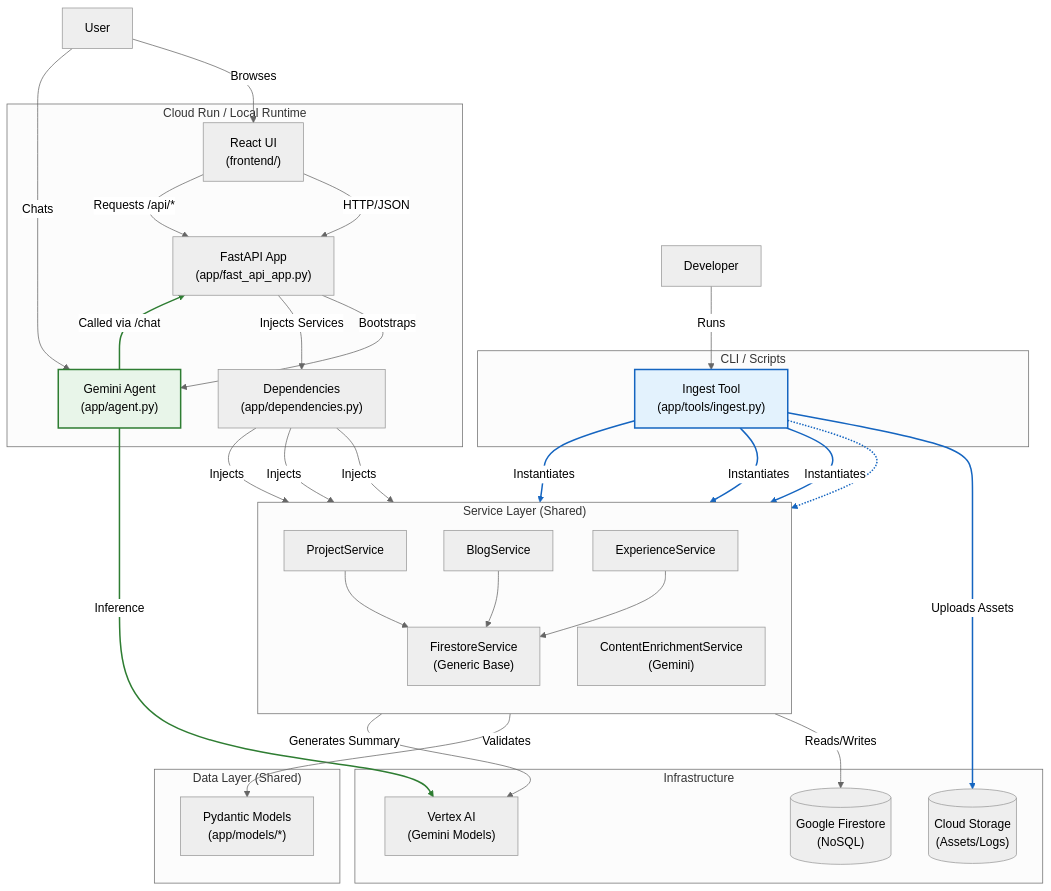
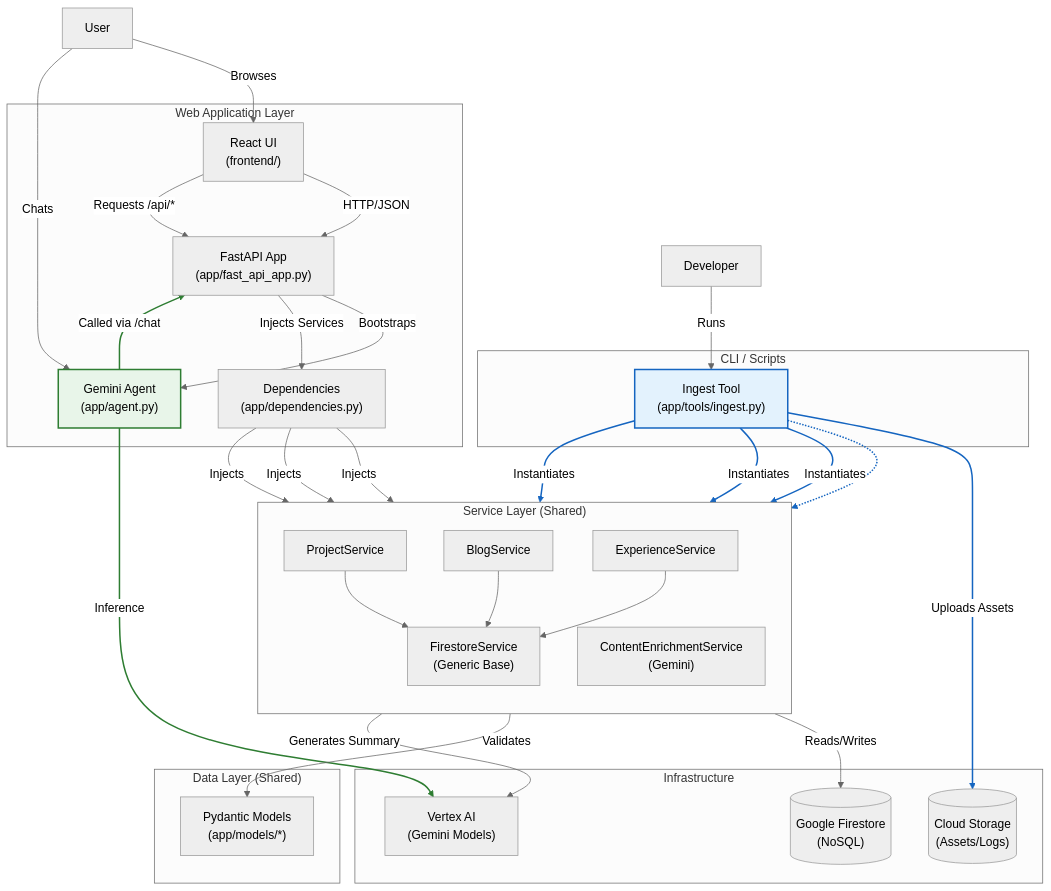
One commit to derailed-dash/dazbo-portfolio changed the first of 2 diagrams in docs/design-and-walkthrough.md. Above: the diagram before and after it, drawn with Mermaid (neutral theme).

Commit message:
docs: fix component diag

````diff
--- a/docs/design-and-walkthrough.md
+++ b/docs/design-and-walkthrough.md
@@ -185,80 +185,80 @@
 ```mermaid
 graph TD
-    subgraph "Cloud Run / Local Runtime"
+    subgraph "Web Application Layer"
         API["FastAPI App<br/>(app/fast_api_app.py)"]
         Frontend["React UI<br/>(frontend/)"]
         Agent["Gemini Agent<br/>(app/agent.py)"]
         Dep["Dependencies<br/>(app/dependencies.py)"]
         
         Frontend -- "HTTP/JSON" --> API
         API -- "Bootstraps" --> Agent
         API -- "Injects Services" --> Dep
         Agent -- "Called via /chat" --> API
     end
 
     subgraph "CLI / Scripts"
         CLI["Ingest Tool<br/>(app/tools/ingest.py)"]
     end
 
     subgraph "Service Layer (Shared)"
         direction TB
         PS["ProjectService"]
         BS["BlogService"]
         ES["ExperienceService"]
         FS["FirestoreService<br/>(Generic Base)"]
         CES["ContentEnrichmentService<br/>(Gemini)"]
         
         PS --> FS
         BS --> FS
         ES --> FS
         CLI -.-> CES
     end
 
     subgraph "Data Layer (Shared)"
         Models["Pydantic Models<br/>(app/models/*)"]
     end
 
     subgraph "Infrastructure"
         Firestore[("Google Firestore<br/>(NoSQL)")]
         GCS[("Cloud Storage<br/>(Assets/Logs)")]
         Vertex["Vertex AI<br/>(Gemini Models)"]
     end
 
     %% Relationships
     Dep -->|Injects| PS
     Dep -->|Injects| BS
     Dep -->|Injects| ES
     
     CLI -->|Instantiates| PS
     CLI -->|Instantiates| BS
     CLI -->|Instantiates| ES
     
     FS -->|Reads/Writes| Firestore
     FS -->|Validates| Models
     
     CES -->|Generates Summary| Vertex
     Agent -->|Inference| Vertex
     
     %% User Interactions
     User["User"] -->|Browses| Frontend
     Frontend -->|Requests /api/*| API
     User -->|Chats| Agent
     
     %% Ingestion Flow
     Dev["Developer"] -->|Runs| CLI
     CLI -->|Uploads Assets| GCS
 
     %% Styles
     %% Styles
     classDef ingest fill:#e3f2fd,stroke:#1565c0,stroke-width:2px;
     classDef agent fill:#e8f5e9,stroke:#2e7d32,stroke-width:2px;
     
     class CLI ingest;
     class Agent agent;
     
     %% Style Ingest Tool Arrows (Blue)
     linkStyle 7,11,12,13,22 stroke:#1565c0,stroke-width:2px;
     
     %% Style Agent Arrows (Green)
     linkStyle 3,17 stroke:#2e7d32,stroke-width:2px;
 ```
````
